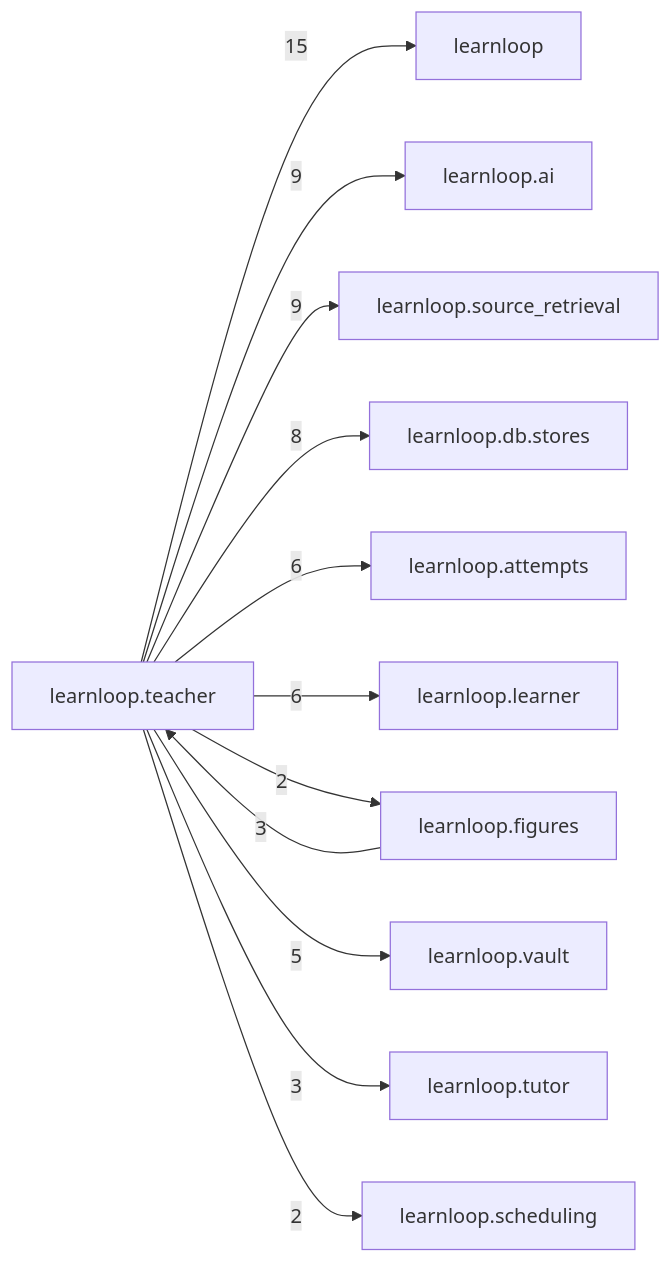
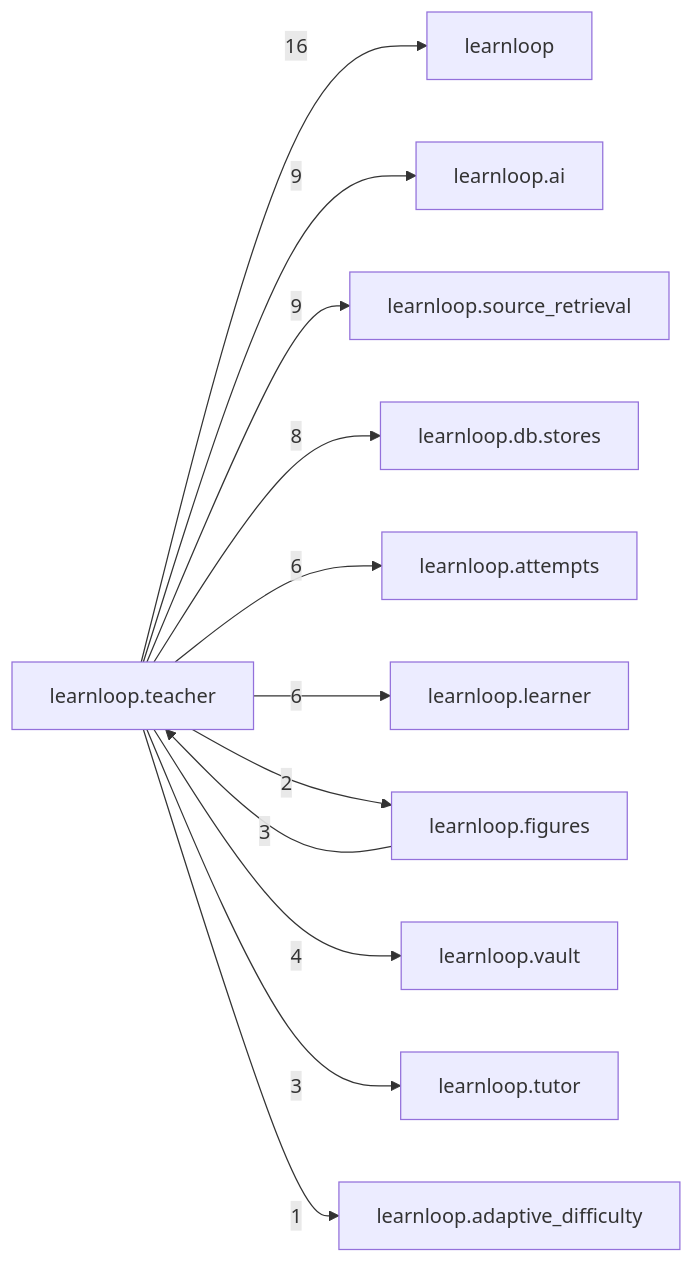
The diagram in docs/learnloop-architecture-vault/Reference/Modules/learnloop/teacher/_package.md (6up-b/learnanything), drawn with Mermaid before and after one commit. The commit also changed other lines of this file and 590 other files, not shown here.

Commit message:
Data capture landing: references regenerated at migration 240 (db reference 379 table notes, errors []; desktop 317 TS and 6 Rust notes; module catalog 1172 notes and 64 package maps, with learnloop.data_capture described; vault validation passes)

````diff
--- a/docs/learnloop-architecture-vault/Reference/Modules/learnloop/teacher/_package.md
+++ b/docs/learnloop-architecture-vault/Reference/Modules/learnloop/teacher/_package.md
@@ -102,25 +103,25 @@
 ```mermaid
 flowchart LR
     center["learnloop.teacher"]
     n_learnloop["learnloop"]
     n_learnloop_ai["learnloop.ai"]
     n_learnloop_source_retrieval["learnloop.source_retrieval"]
     n_learnloop_db_stores["learnloop.db.stores"]
     n_learnloop_attempts["learnloop.attempts"]
     n_learnloop_learner["learnloop.learner"]
     n_learnloop_figures["learnloop.figures"]
     n_learnloop_vault["learnloop.vault"]
     n_learnloop_tutor["learnloop.tutor"]
-    n_learnloop_scheduling["learnloop.scheduling"]
-    center -->|15| n_learnloop
+    n_learnloop_adaptive_difficulty["learnloop.adaptive_difficulty"]
+    center -->|16| n_learnloop
     center -->|9| n_learnloop_ai
     center -->|9| n_learnloop_source_retrieval
     center -->|8| n_learnloop_db_stores
     center -->|6| n_learnloop_attempts
     center -->|6| n_learnloop_learner
     n_learnloop_figures -->|3| center
     center -->|2| n_learnloop_figures
-    center -->|5| n_learnloop_vault
+    center -->|4| n_learnloop_vault
     center -->|3| n_learnloop_tutor
-    center -->|2| n_learnloop_scheduling
+    center -->|1| n_learnloop_adaptive_difficulty
 ```
````
